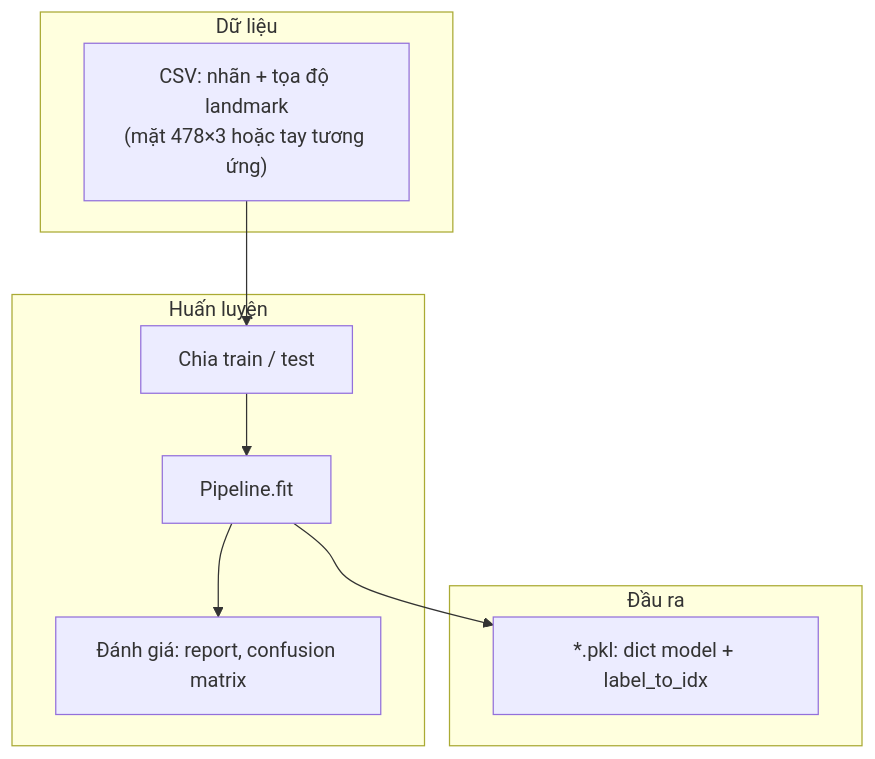
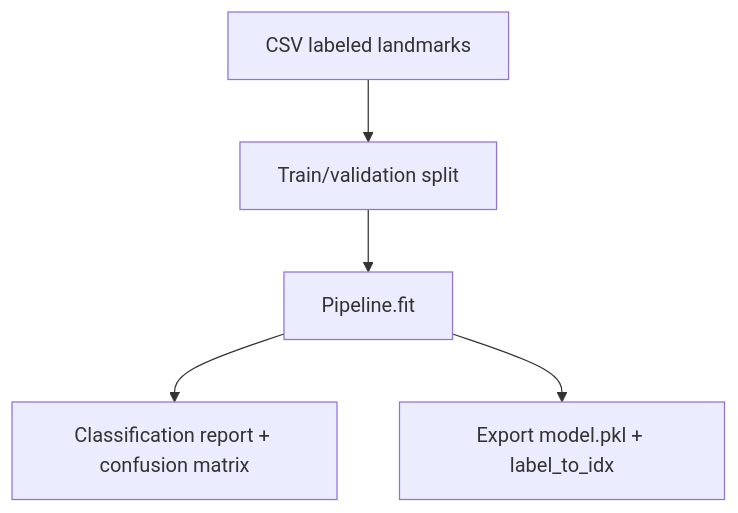
One commit to CrissNguyenKhanh/AI-DRIVER-MONITORING-SYSTEM-DMS changed the fourth of 8 diagrams in README.md. Above: the diagram before and after it, drawn with Mermaid. The commit also changed other lines of this file, not shown here.

````diff
--- a/README.md
+++ b/README.md
@@ -142,16 +134,7 @@
 ```mermaid
 flowchart TB
-  subgraph Data["Dữ liệu"]
-    CSV["CSV: nhãn + tọa độ landmark<br/>(mặt 478×3 hoặc tay tương ứng)"]
-  end
-  subgraph Train["Huấn luyện"]
-    Split["Chia train / test"]
-    Fit["Pipeline.fit"]
-    Eval["Đánh giá: report, confusion matrix"]
-  end
-  subgraph Out["Đầu ra"]
-    PKL["*.pkl: dict model + label_to_idx"]
-  end
-  CSV --> Split --> Fit --> Eval
-  Fit --> PKL
+  CSV[CSV labeled landmarks] --> Split[Train/validation split]
+  Split --> Fit[Pipeline.fit]
+  Fit --> Eval[Classification report + confusion matrix]
+  Fit --> PKL[Export model.pkl + label_to_idx]
 ```
````
